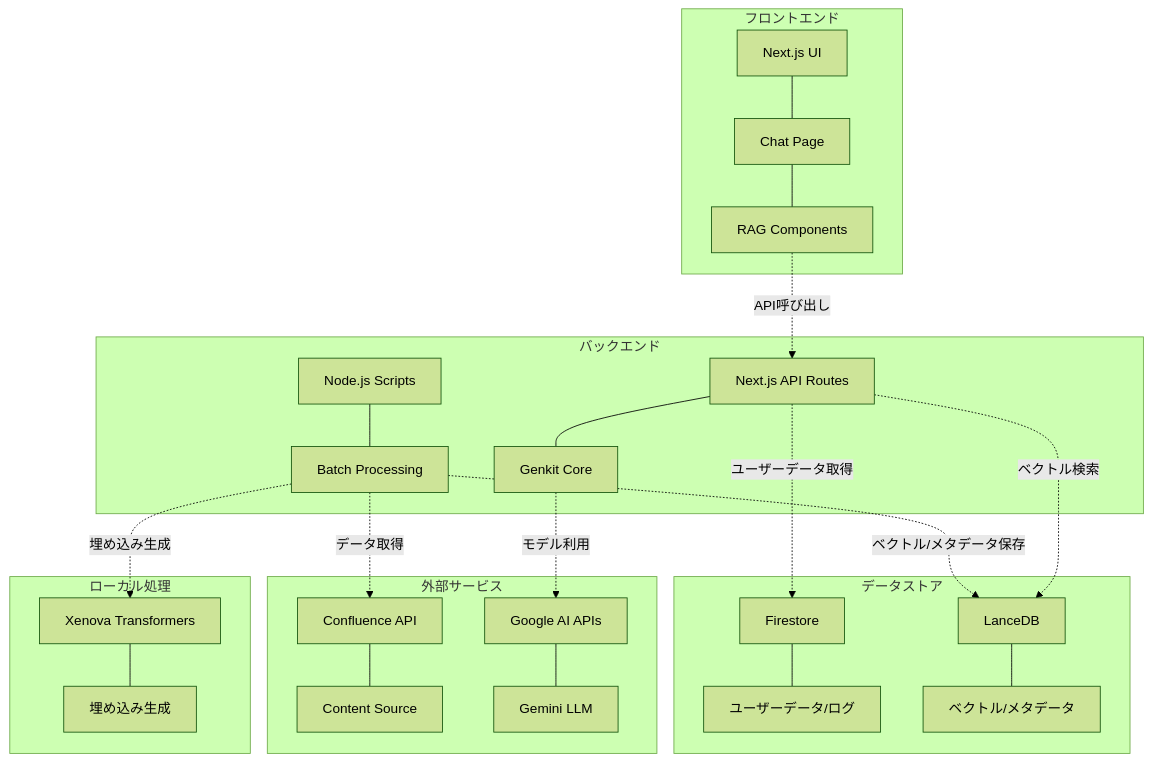
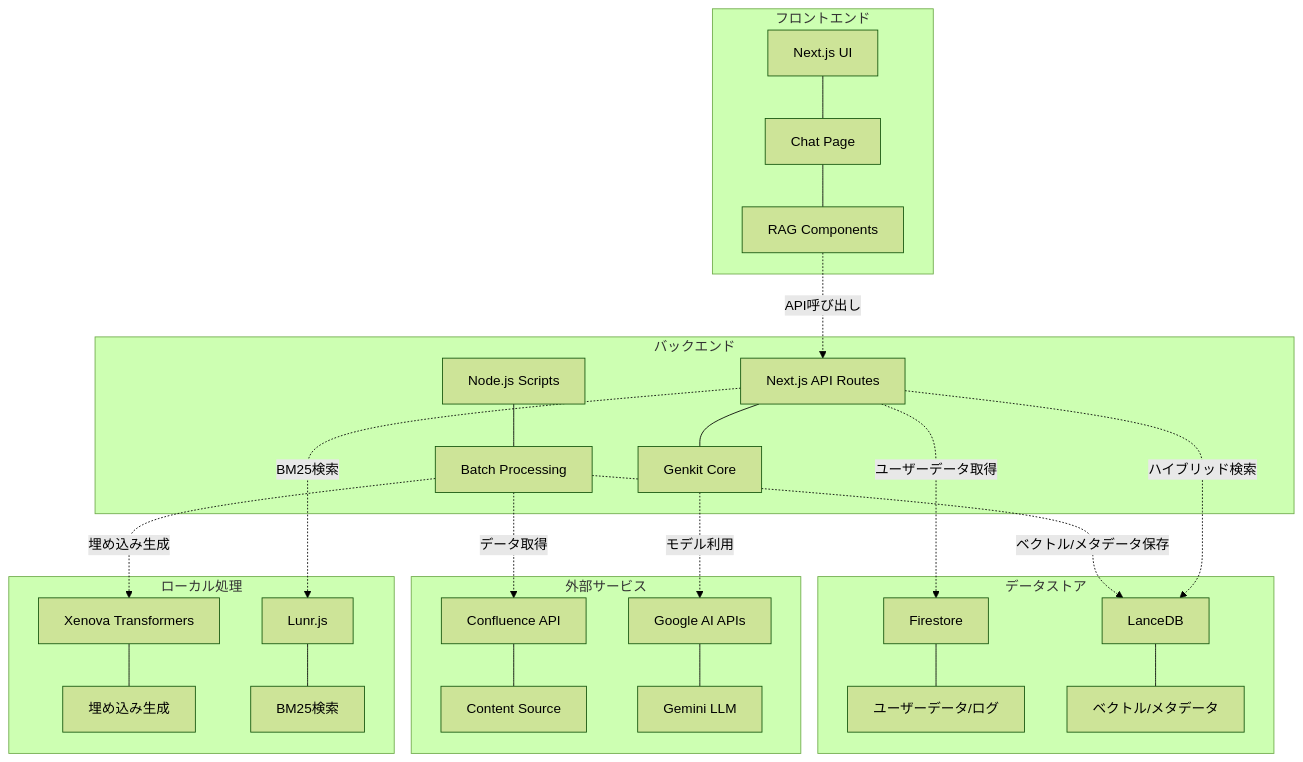
Before and after one commit to gucchon001/Confluence_firebase: the first of 3 diagrams in docs/data-flow-diagram-lancedb.md, drawn with Mermaid (forest theme). The commit also changed other lines of this file and 48 other files, not shown here.

````diff
--- a/docs/data-flow-diagram-lancedb.md
+++ b/docs/data-flow-diagram-lancedb.md
@@ -7,35 +7,37 @@
 ```mermaid
 graph TB
     subgraph "フロントエンド"
         A[Next.js UI] --- B[Chat Page]
         B --- C[RAG Components]
     end
     
     subgraph "バックエンド"
         D[Next.js API Routes] --- E[Genkit Core]
         F[Node.js Scripts] --- G[Batch Processing]
     end
     
     subgraph "データストア"
         H[Firestore] --- I[ユーザーデータ/ログ]
         L[LanceDB] --- M[ベクトル/メタデータ]
     end
     
     subgraph "外部サービス"
         N[Confluence API] --- O[Content Source]
         P[Google AI APIs] --- R[Gemini LLM]
     end
     
     subgraph "ローカル処理"
         S[Xenova Transformers] --- T[埋め込み生成]
+        N2[Lunr.js] --- N3[BM25検索]
     end
     
     %% コンポーネント間の関係
     C -.-> |"API呼び出し"| D
     E -.-> |"モデル利用"| P
     G -.-> |"データ取得"| N
     G -.-> |"埋め込み生成"| S
     G -.-> |"ベクトル/メタデータ保存"| L
     D -.-> |"ユーザーデータ取得"| H
-    D -.-> |"ベクトル検索"| L
+    D -.-> |"ハイブリッド検索"| L
+    D -.-> |"BM25検索"| N2["Lunr.js"]
 ```
````
